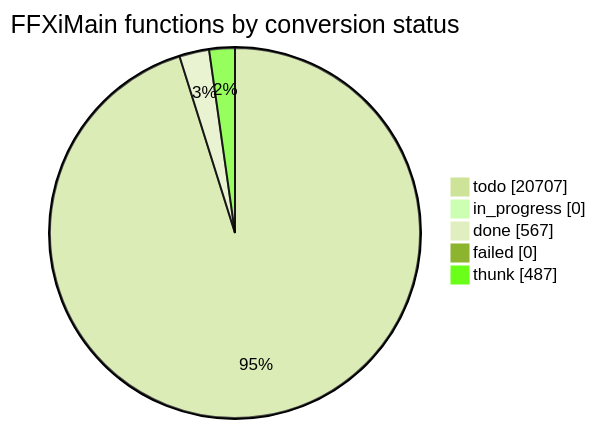
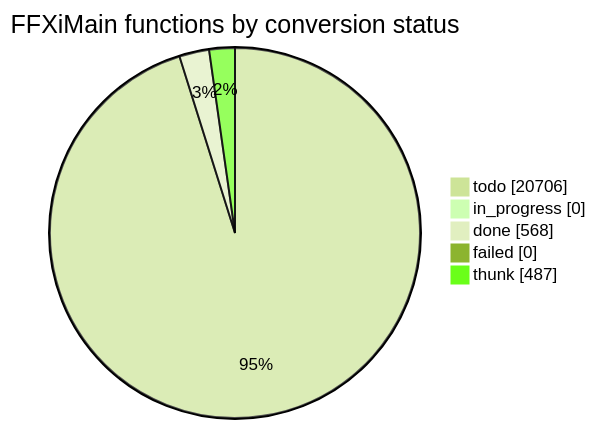
Before and after one commit to cowrevenge/cow_kuluu_xi_anything: the diagram in docs/cow/STATUS.md, drawn with Mermaid (forest theme). The commit also changed other lines of this file and 9 other files, not shown here.

````diff
--- a/docs/cow/STATUS.md
+++ b/docs/cow/STATUS.md
@@ -18,9 +18,9 @@
 ```mermaid
 pie showData
     title FFXiMain functions by conversion status
-    "todo" : 20707
+    "todo" : 20706
     "in_progress" : 0
-    "done" : 567
+    "done" : 568
     "failed" : 0
     "thunk" : 487
 ```
````
